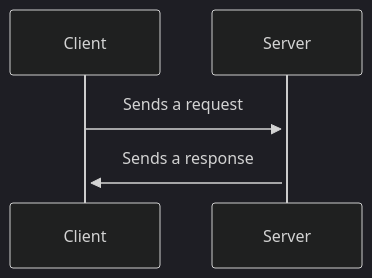
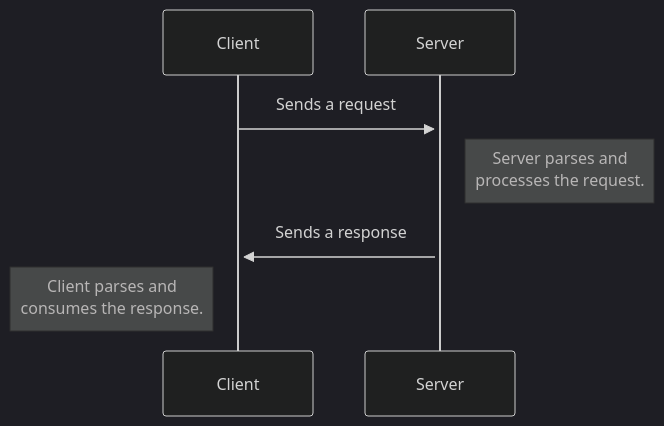
The diagram in README.md (rohan843/backend-engg-notes), drawn with Mermaid (dark theme) before and after one commit.

````diff
--- a/README.md
+++ b/README.md
@@ -23,5 +23,9 @@
 ```mermaid
 sequenceDiagram
+    participant Client
+    participant Server
     Client->>+Server: Sends a request
+    Note right of Server: Server parses and <br />processes the request.
     Server->>+Client: Sends a response
+    Note left of Client: Client parses and <br />consumes the response.
 ```
````
